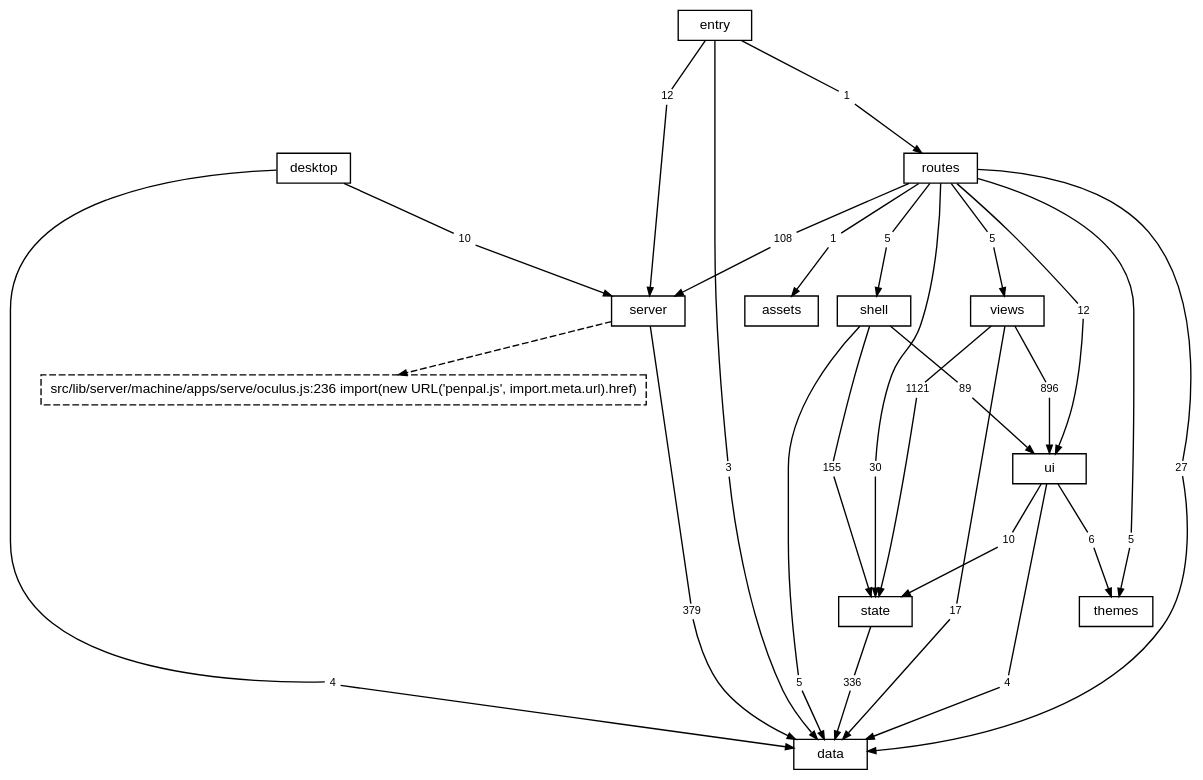
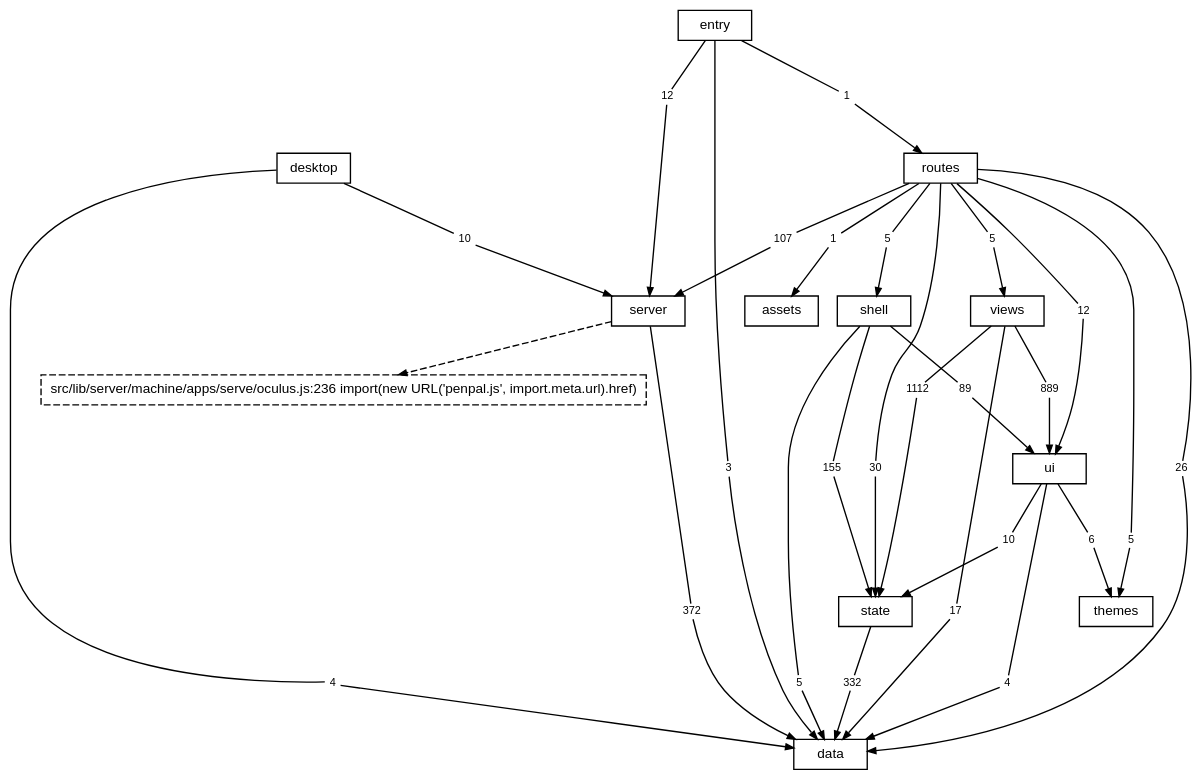
Before and after one commit to TheAxeC/oculus: the diagram in docs/diagrams/layers.dot, drawn with Graphviz. The commit also changed 203 other files, not shown here.

```diff
--- a/docs/diagrams/layers.dot
+++ b/docs/diagrams/layers.dot
@@ -1,90 +1,90 @@
 digraph layers {
     graph [bgcolor="transparent", rankdir=TB, newrank=true, fontname="Helvetica,Arial,sans-serif", fontsize=12, nodesep=0.2, ranksep=0.5];
     node [shape=box, color="black", fontcolor="black", fontname="Helvetica,Arial,sans-serif", fontsize=10, height=0.3, margin="0.12,0.04"];
     edge [color="black", fontcolor="black", fontname="Helvetica,Arial,sans-serif", fontsize=8, arrowsize=0.6];
     "data";
     "server";
     "state";
     "ui";
     "shell";
     "views";
     "themes";
     "routes";
     "desktop";
     "src" [label="entry"];
     "files: assets" [label="assets"];
     "? src/lib/server/machine/apps/serve/oculus.js:236" [label="src/lib/server/machine/apps/serve/oculus.js:236 import(new URL('penpal.js', import.meta.url).href)", style=dashed];
     "desktop to data" [label="4", shape=box, color="transparent", fontsize=8, width=0, height=0, margin="0.04,0.02"];
     "desktop" -> "desktop to data" [arrowhead=none];
     "desktop to data" -> "data" [];
     "desktop to server" [label="10", shape=box, color="transparent", fontsize=8, width=0, height=0, margin="0.04,0.02"];
     "desktop" -> "desktop to server" [arrowhead=none];
     "desktop to server" -> "server" [];
-    "routes to data" [label="27", shape=box, color="transparent", fontsize=8, width=0, height=0, margin="0.04,0.02"];
+    "routes to data" [label="26", shape=box, color="transparent", fontsize=8, width=0, height=0, margin="0.04,0.02"];
     "routes" -> "routes to data" [arrowhead=none];
     "routes to data" -> "data" [];
     "routes to files: assets" [label="1", shape=box, color="transparent", fontsize=8, width=0, height=0, margin="0.04,0.02"];
     "routes" -> "routes to files: assets" [arrowhead=none];
     "routes to files: assets" -> "files: assets" [];
-    "routes to server" [label="108", shape=box, color="transparent", fontsize=8, width=0, height=0, margin="0.04,0.02"];
+    "routes to server" [label="107", shape=box, color="transparent", fontsize=8, width=0, height=0, margin="0.04,0.02"];
     "routes" -> "routes to server" [arrowhead=none];
     "routes to server" -> "server" [];
     "routes to shell" [label="5", shape=box, color="transparent", fontsize=8, width=0, height=0, margin="0.04,0.02"];
     "routes" -> "routes to shell" [arrowhead=none];
     "routes to shell" -> "shell" [];
     "routes to state" [label="30", shape=box, color="transparent", fontsize=8, width=0, height=0, margin="0.04,0.02"];
     "routes" -> "routes to state" [arrowhead=none];
     "routes to state" -> "state" [];
     "routes to themes" [label="5", shape=box, color="transparent", fontsize=8, width=0, height=0, margin="0.04,0.02"];
     "routes" -> "routes to themes" [arrowhead=none];
     "routes to themes" -> "themes" [];
     "routes to ui" [label="12", shape=box, color="transparent", fontsize=8, width=0, height=0, margin="0.04,0.02"];
     "routes" -> "routes to ui" [arrowhead=none];
     "routes to ui" -> "ui" [];
     "routes to views" [label="5", shape=box, color="transparent", fontsize=8, width=0, height=0, margin="0.04,0.02"];
     "routes" -> "routes to views" [arrowhead=none];
     "routes to views" -> "views" [];
-    "server to data" [label="379", shape=box, color="transparent", fontsize=8, width=0, height=0, margin="0.04,0.02"];
+    "server to data" [label="372", shape=box, color="transparent", fontsize=8, width=0, height=0, margin="0.04,0.02"];
     "server" -> "server to data" [arrowhead=none];
     "server to data" -> "data" [];
     "shell to data" [label="5", shape=box, color="transparent", fontsize=8, width=0, height=0, margin="0.04,0.02"];
     "shell" -> "shell to data" [arrowhead=none];
     "shell to data" -> "data" [];
     "shell to state" [label="155", shape=box, color="transparent", fontsize=8, width=0, height=0, margin="0.04,0.02"];
     "shell" -> "shell to state" [arrowhead=none];
     "shell to state" -> "state" [];
     "shell to ui" [label="89", shape=box, color="transparent", fontsize=8, width=0, height=0, margin="0.04,0.02"];
     "shell" -> "shell to ui" [arrowhead=none];
     "shell to ui" -> "ui" [];
     "src to data" [label="3", shape=box, color="transparent", fontsize=8, width=0, height=0, margin="0.04,0.02"];
     "src" -> "src to data" [arrowhead=none];
     "src to data" -> "data" [];
     "src to routes" [label="1", shape=box, color="transparent", fontsize=8, width=0, height=0, margin="0.04,0.02"];
     "src" -> "src to routes" [arrowhead=none];
     "src to routes" -> "routes" [];
     "src to server" [label="12", shape=box, color="transparent", fontsize=8, width=0, height=0, margin="0.04,0.02"];
     "src" -> "src to server" [arrowhead=none];
     "src to server" -> "server" [];
-    "state to data" [label="336", shape=box, color="transparent", fontsize=8, width=0, height=0, margin="0.04,0.02"];
+    "state to data" [label="332", shape=box, color="transparent", fontsize=8, width=0, height=0, margin="0.04,0.02"];
     "state" -> "state to data" [arrowhead=none];
     "state to data" -> "data" [];
     "ui to data" [label="4", shape=box, color="transparent", fontsize=8, width=0, height=0, margin="0.04,0.02"];
     "ui" -> "ui to data" [arrowhead=none];
     "ui to data" -> "data" [];
     "ui to state" [label="10", shape=box, color="transparent", fontsize=8, width=0, height=0, margin="0.04,0.02"];
     "ui" -> "ui to state" [arrowhead=none];
     "ui to state" -> "state" [];
     "ui to themes" [label="6", shape=box, color="transparent", fontsize=8, width=0, height=0, margin="0.04,0.02"];
     "ui" -> "ui to themes" [arrowhead=none];
     "ui to themes" -> "themes" [];
     "views to data" [label="17", shape=box, color="transparent", fontsize=8, width=0, height=0, margin="0.04,0.02"];
     "views" -> "views to data" [arrowhead=none];
     "views to data" -> "data" [];
-    "views to state" [label="1121", shape=box, color="transparent", fontsize=8, width=0, height=0, margin="0.04,0.02"];
+    "views to state" [label="1112", shape=box, color="transparent", fontsize=8, width=0, height=0, margin="0.04,0.02"];
     "views" -> "views to state" [arrowhead=none];
     "views to state" -> "state" [];
-    "views to ui" [label="896", shape=box, color="transparent", fontsize=8, width=0, height=0, margin="0.04,0.02"];
+    "views to ui" [label="889", shape=box, color="transparent", fontsize=8, width=0, height=0, margin="0.04,0.02"];
     "views" -> "views to ui" [arrowhead=none];
     "views to ui" -> "ui" [];
     "server" -> "? src/lib/server/machine/apps/serve/oculus.js:236" [style=dashed];
 }
```
